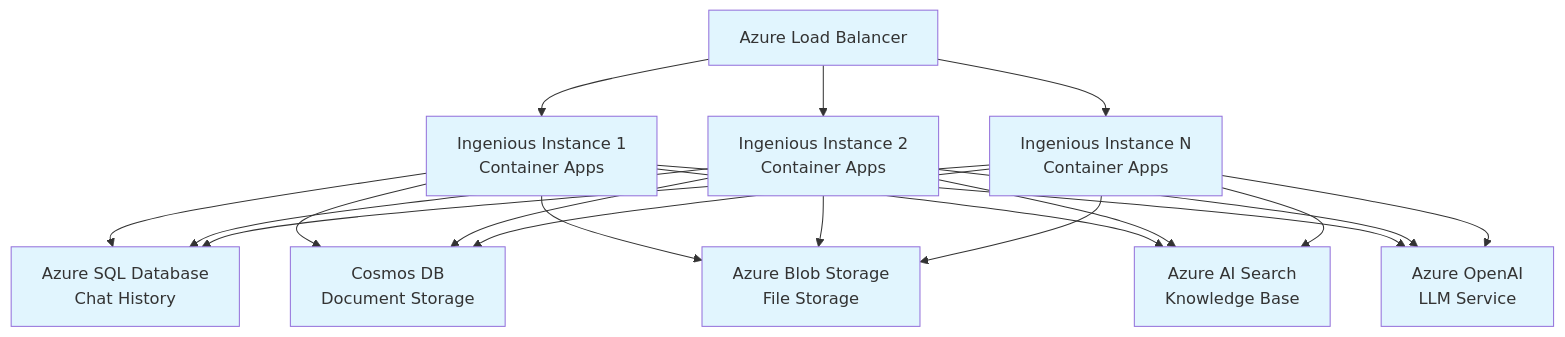
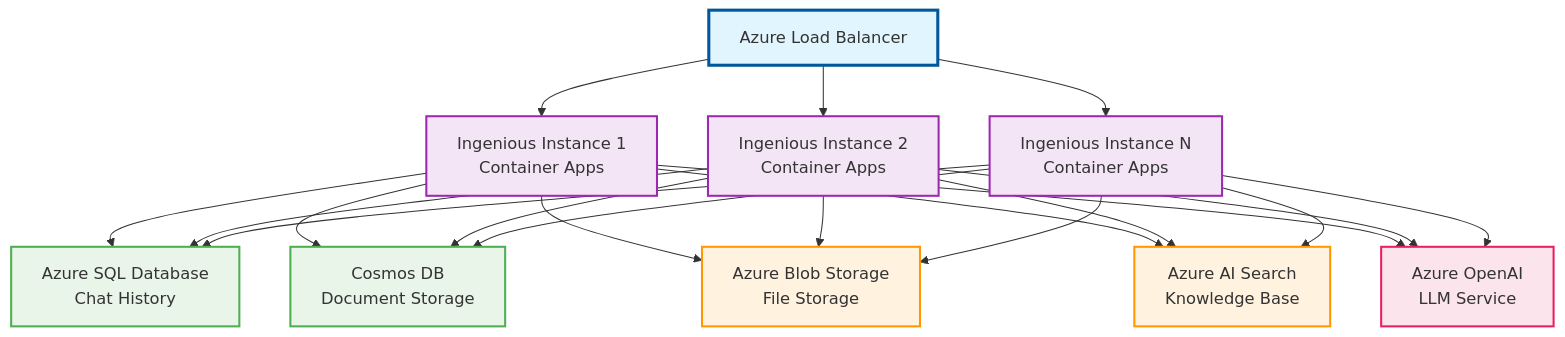
Before and after one commit to renz-adarayan/ingenious: the eighth of 8 diagrams in docs/architecture.md, drawn with Mermaid. The commit also changed other lines of this file and 8 other files, not shown here.

````diff
--- a/docs/architecture.md
+++ b/docs/architecture.md
@@ -330,30 +358,38 @@
 ```mermaid
-graph TB
-    LOAD_BALANCER[Azure Load Balancer] --> APP1[Ingenious Instance 1<br/>Container Apps]
-    LOAD_BALANCER --> APP2[Ingenious Instance 2<br/>Container Apps]
-    LOAD_BALANCER --> APPN[Ingenious Instance N<br/>Container Apps]
+flowchart TB
+    LOAD_BALANCER["Azure Load Balancer"] --> APP1["Ingenious Instance 1<br/>Container Apps"]
+    LOAD_BALANCER --> APP2["Ingenious Instance 2<br/>Container Apps"]
+    LOAD_BALANCER --> APPN["Ingenious Instance N<br/>Container Apps"]
 
-    APP1 --> AZURE_SQL[Azure SQL Database<br/>Chat History]
+    APP1 --> AZURE_SQL["Azure SQL Database<br/>Chat History"]
     APP2 --> AZURE_SQL
     APPN --> AZURE_SQL
 
-    APP1 --> COSMOS_DB[Cosmos DB<br/>Document Storage]
+    APP1 --> COSMOS_DB["Cosmos DB<br/>Document Storage"]
     APP2 --> COSMOS_DB
     APPN --> COSMOS_DB
 
-    APP1 --> BLOB_STORAGE[Azure Blob Storage<br/>File Storage]
+    APP1 --> BLOB_STORAGE["Azure Blob Storage<br/>File Storage"]
     APP2 --> BLOB_STORAGE
     APPN --> BLOB_STORAGE
 
-    APP1 --> AI_SEARCH[Azure AI Search<br/>Knowledge Base]
+    APP1 --> AI_SEARCH["Azure AI Search<br/>Knowledge Base"]
     APP2 --> AI_SEARCH
     APPN --> AI_SEARCH
 
-    APP1 --> AZURE_OPENAI[Azure OpenAI<br/>LLM Service]
+    APP1 --> AZURE_OPENAI["Azure OpenAI<br/>LLM Service"]
     APP2 --> AZURE_OPENAI
     APPN --> AZURE_OPENAI
 
-    classDef azureServices fill:#e1f5fe
+    classDef loadBalancer fill:#e1f5fe,stroke:#01579b,stroke-width:3px
+    classDef appInstance fill:#f3e5f5,stroke:#9c27b0,stroke-width:2px
+    classDef database fill:#e8f5e8,stroke:#4caf50,stroke-width:2px
+    classDef storage fill:#fff3e0,stroke:#ff9800,stroke-width:2px
+    classDef aiService fill:#fce4ec,stroke:#e91e63,stroke-width:2px
 
-    class LOAD_BALANCER,APP1,APP2,APPN,AZURE_SQL,COSMOS_DB,BLOB_STORAGE,AI_SEARCH,AZURE_OPENAI azureServices
+    class LOAD_BALANCER loadBalancer
+    class APP1,APP2,APPN appInstance
+    class AZURE_SQL,COSMOS_DB database
+    class BLOB_STORAGE,AI_SEARCH storage
+    class AZURE_OPENAI aiService
 ```
````
